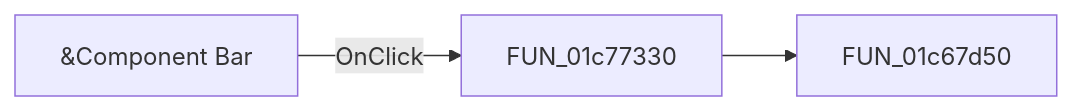
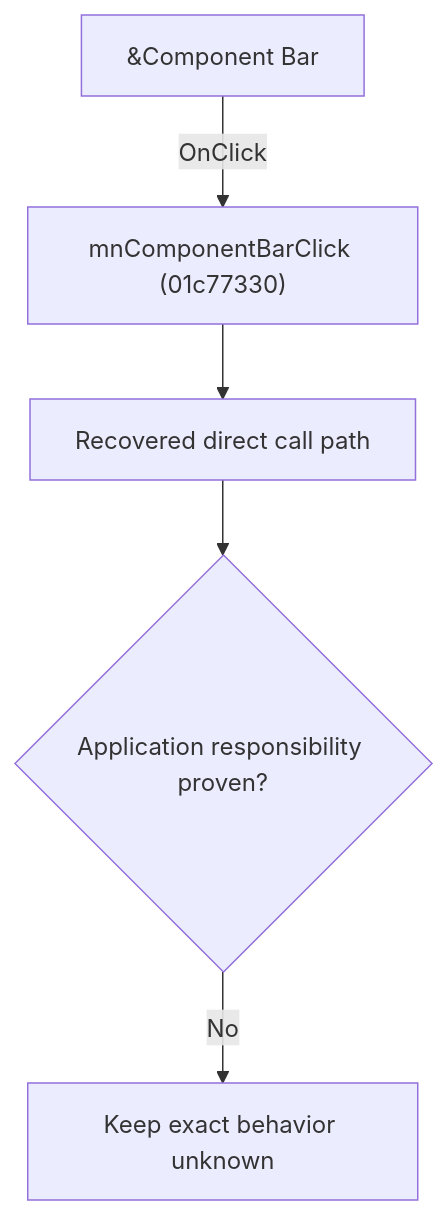
Before and after one commit to MovGP0/TIARA: the diagram in docs/ui-controls/schematiceditor/mncomponentbar-8c86bf207e.md, drawn with Mermaid. The commit also changed other lines of this file and 1062 other files, not shown here.

````diff
--- a/docs/ui-controls/schematiceditor/mncomponentbar-8c86bf207e.md
+++ b/docs/ui-controls/schematiceditor/mncomponentbar-8c86bf207e.md
@@ -27,5 +27,7 @@
 ```mermaid
-flowchart LR
-    control["&Component Bar"] -->|OnClick| handler["FUN_01c77330"]
-    handler --> call1["FUN_01c67d50"]
+flowchart TD
+    control["&Component Bar"] -->|"OnClick"| handler["mnComponentBarClick (01c77330)"]
+    handler --> recovered["Recovered direct call path"]
+    recovered --> gap{"Application responsibility proven?"}
+    gap -->|"No"| blocked["Keep exact behavior unknown"]
 ```
````
